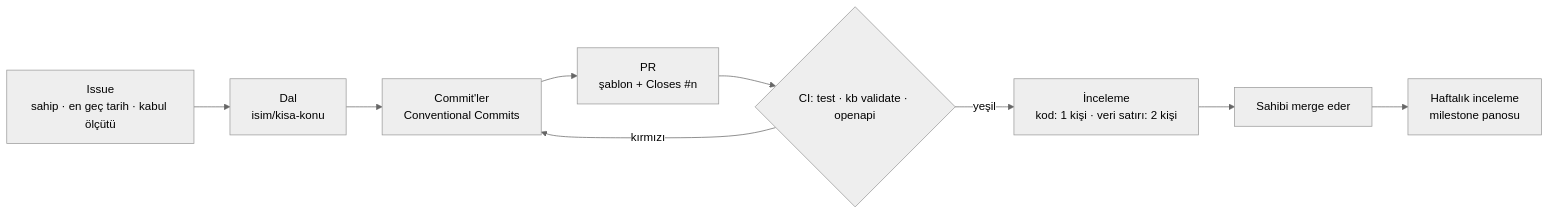
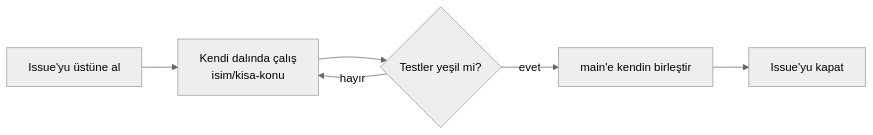
The diagram in docs/tasarim/10-calisma-duzeni.md (leventtcaan/nutriscan), drawn with Mermaid (neutral theme) before and after one commit. The commit also changed other lines of this file and 13 other files, not shown here.

````diff
--- a/docs/tasarim/10-calisma-duzeni.md
+++ b/docs/tasarim/10-calisma-duzeni.md
@@ -8,11 +8,8 @@
 ```mermaid
 flowchart LR
-  I[Issue<br/>sahip · en geç tarih · kabul ölçütü] --> B[Dal<br/>isim/kisa-konu]
-  B --> C[Commit'ler<br/>Conventional Commits]
-  C --> P[PR<br/>şablon + Closes #n]
-  P --> CI{CI: test · kb validate · openapi}
-  CI -- kırmızı --> C
-  CI -- yeşil --> R[İnceleme<br/>kod: 1 kişi · veri satırı: 2 kişi]
-  R --> M[Sahibi merge eder]
-  M --> W[Haftalık inceleme<br/>milestone panosu]
+  I[Issue'yu üstüne al] --> B[Kendi dalında çalış<br/>isim/kisa-konu]
+  B --> T{Testler yeşil mi?}
+  T -- hayır --> B
+  T -- evet --> M[main'e kendin birleştir]
+  M --> C[Issue'yu kapat]
 ```
````
